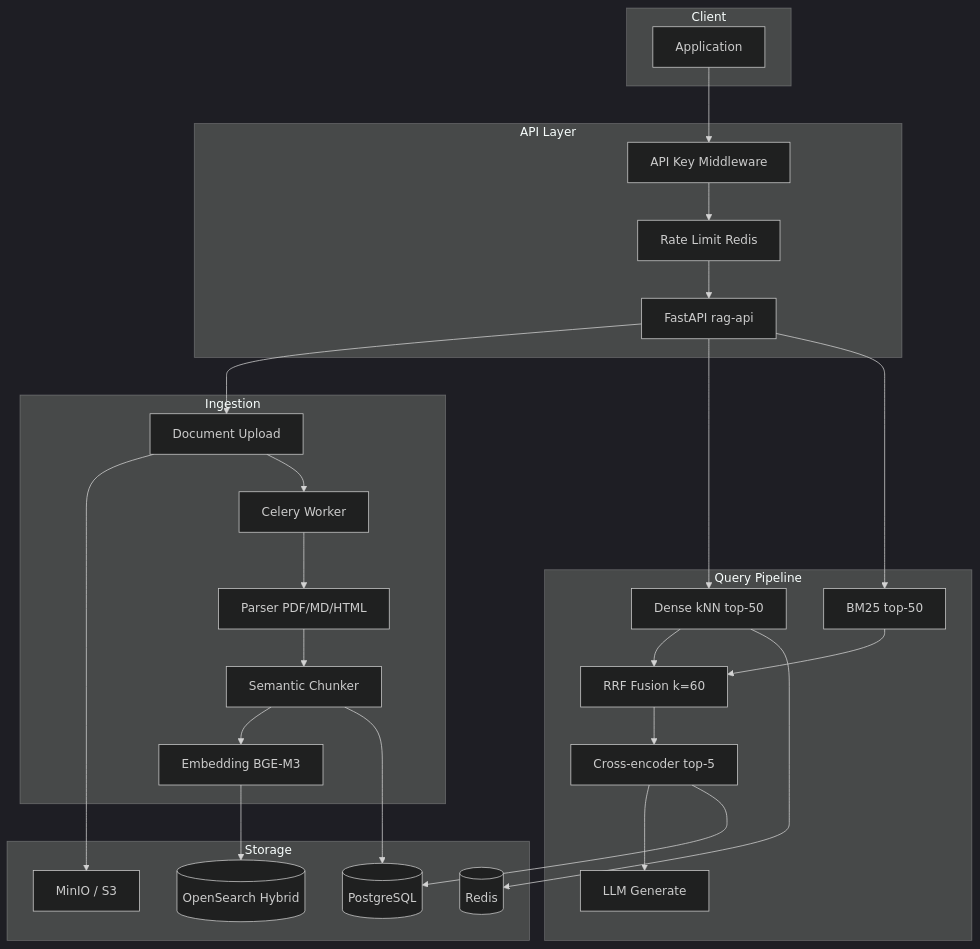
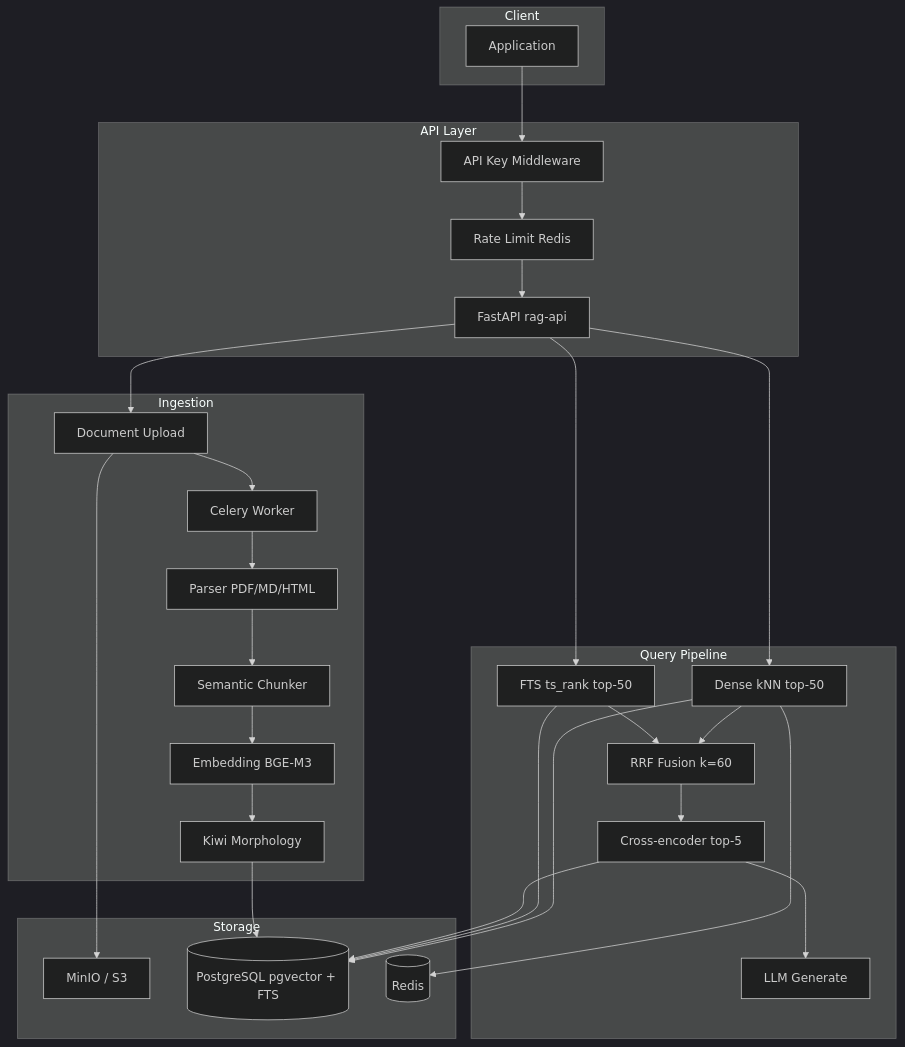
One commit to santarosalia/rag changed the diagram in doc/ARCHITECTURE.md. Above: the diagram before and after it, drawn with Mermaid (dark theme). The commit also changed other lines of this file and 32 other files, not shown here.

First line of the commit message:
refactor: remove OpenSearch, pgvector-only search stack (#3)

````diff
--- a/doc/ARCHITECTURE.md
+++ b/doc/ARCHITECTURE.md
@@ -7,51 +7,52 @@
 ```mermaid
 flowchart TB
   subgraph client [Client]
     App[Application]
   end
 
   subgraph api_layer [API Layer]
     FastAPI[FastAPI rag-api]
     Auth[API Key Middleware]
     RateLimit[Rate Limit Redis]
   end
 
   subgraph ingest [Ingestion]
     Upload[Document Upload]
     Parser[Parser PDF/MD/HTML]
     Chunker[Semantic Chunker]
     EmbedWorker[Embedding BGE-M3]
+    MorphWorker[Kiwi Morphology]
     CeleryWorker[Celery Worker]
   end
 
   subgraph storage [Storage]
     S3[MinIO / S3]
-    PG[(PostgreSQL)]
-    OS[(OpenSearch Hybrid)]
+    PG[(PostgreSQL pgvector + FTS)]
     Redis[(Redis)]
   end
 
   subgraph query [Query Pipeline]
     Dense[Dense kNN top-50]
-    Sparse[BM25 top-50]
+    Sparse[FTS ts_rank top-50]
     RRF[RRF Fusion k=60]
     Rerank[Cross-encoder top-5]
     LLM[LLM Generate]
   end
 
   App --> Auth --> RateLimit --> FastAPI
   FastAPI --> Upload
   Upload --> S3
   Upload --> CeleryWorker
   CeleryWorker --> Parser --> Chunker --> EmbedWorker
-  EmbedWorker --> OS
-  Chunker --> PG
+  EmbedWorker --> MorphWorker --> PG
 
   FastAPI --> Dense
   FastAPI --> Sparse
+  Dense --> PG
+  Sparse --> PG
   Dense --> RRF
   Sparse --> RRF
   RRF --> Rerank --> LLM
   Rerank --> PG
   Dense --> Redis
 ```
````
